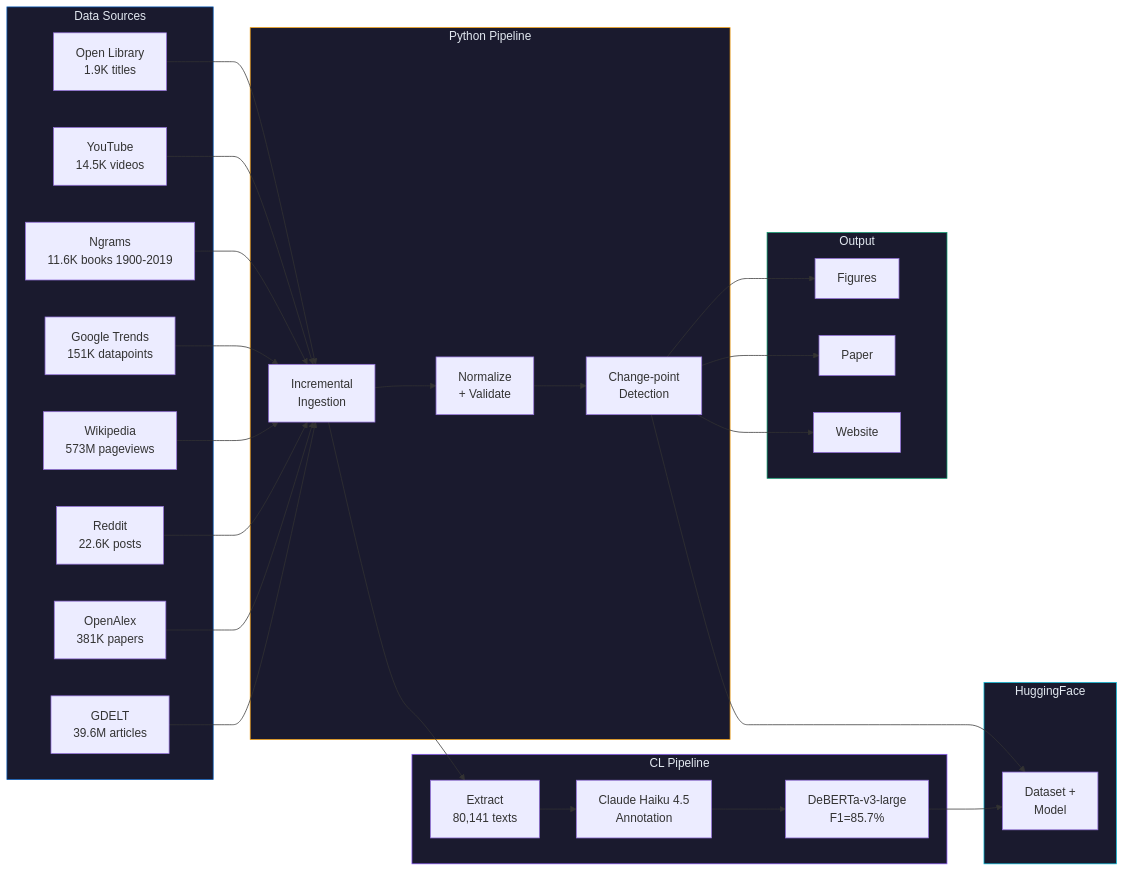
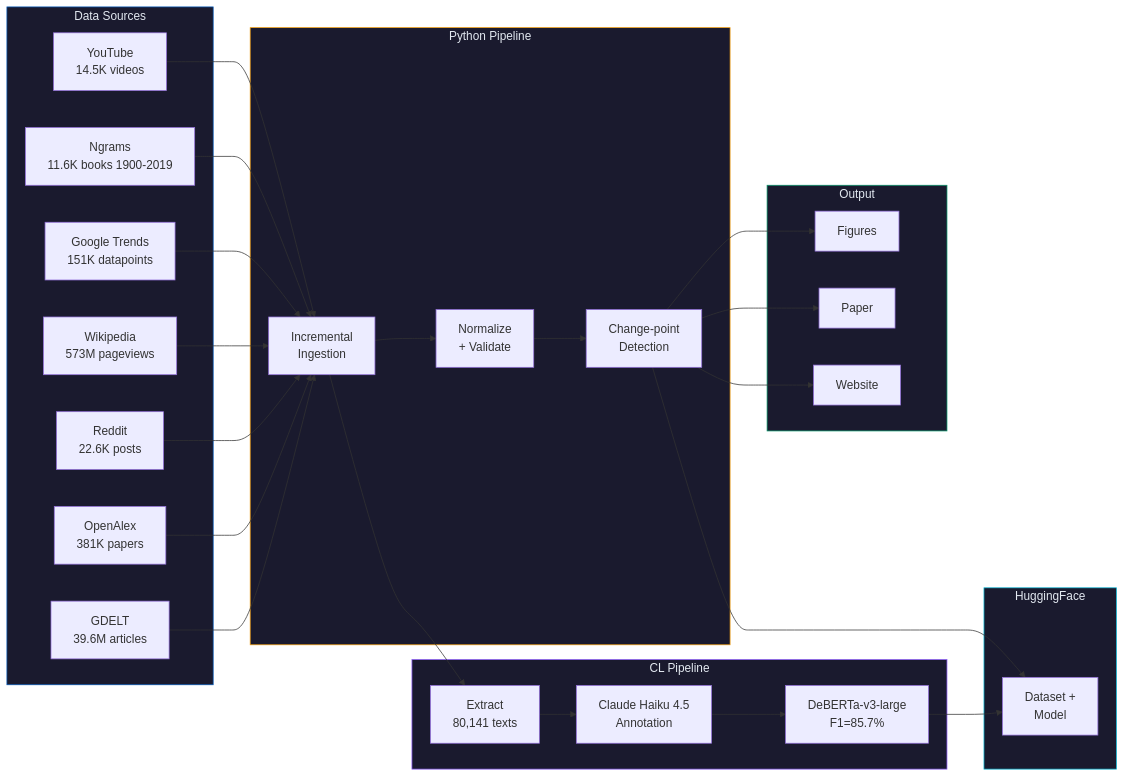
One commit to IvanDobrovolsky/kyivnotkiev changed the diagram in README.md. Above: the diagram before and after it, drawn with Mermaid. The commit also changed other lines of this file and 70 other files, not shown here.

First line of the commit message:
feat: drop Open Library source — 7 sources, cleaner data

````diff
--- a/README.md
+++ b/README.md
@@ -37,47 +37,46 @@
 ```mermaid
 graph LR
     subgraph Sources["Data Sources"]
         style Sources fill:#1a1a2e,stroke:#0057B8,color:#e2e8f0
         GDELT["GDELT<br/>39.6M articles"]
         OA["OpenAlex<br/>381K papers"]
         Reddit["Reddit<br/>22.6K posts"]
         Wiki["Wikipedia<br/>573M pageviews"]
         Trends["Google Trends<br/>151K datapoints"]
         Ngrams["Ngrams<br/>11.6K books 1900-2019"]
         YT["YouTube<br/>14.5K videos"]
-        OL["Open Library<br/>1.9K titles"]
     end
 
     subgraph Pipeline["Python Pipeline"]
         style Pipeline fill:#1a1a2e,stroke:#f59e0b,color:#e2e8f0
         Ingest["Incremental<br/>Ingestion"]
         Transform["Normalize<br/>+ Validate"]
         Analyze["Change-point<br/>Detection"]
     end
 
     subgraph CL["CL Pipeline"]
         style CL fill:#1a1a2e,stroke:#8b5cf6,color:#e2e8f0
         Extract["Extract<br/>80,141 texts"]
         Annotate["Claude Haiku 4.5<br/>Annotation"]
         Finetune["DeBERTa-v3-large<br/>F1=85.7%"]
     end
 
     subgraph Storage["HuggingFace"]
         style Storage fill:#1a1a2e,stroke:#06b6d4,color:#e2e8f0
         HF["Dataset +<br/>Model"]
     end
 
     subgraph Output["Output"]
         style Output fill:#1a1a2e,stroke:#059669,color:#e2e8f0
         Figures["Figures"]
         Paper["Paper"]
         Web["Website"]
     end
 
-    GDELT & OA & Reddit & Wiki & Trends & Ngrams & YT & OL --> Ingest
+    GDELT & OA & Reddit & Wiki & Trends & Ngrams & YT --> Ingest
     Ingest --> Transform --> Analyze
     Analyze --> Figures & Paper & Web
     Ingest --> Extract --> Annotate --> Finetune
     Finetune --> HF
     Analyze --> HF
 ```
````
